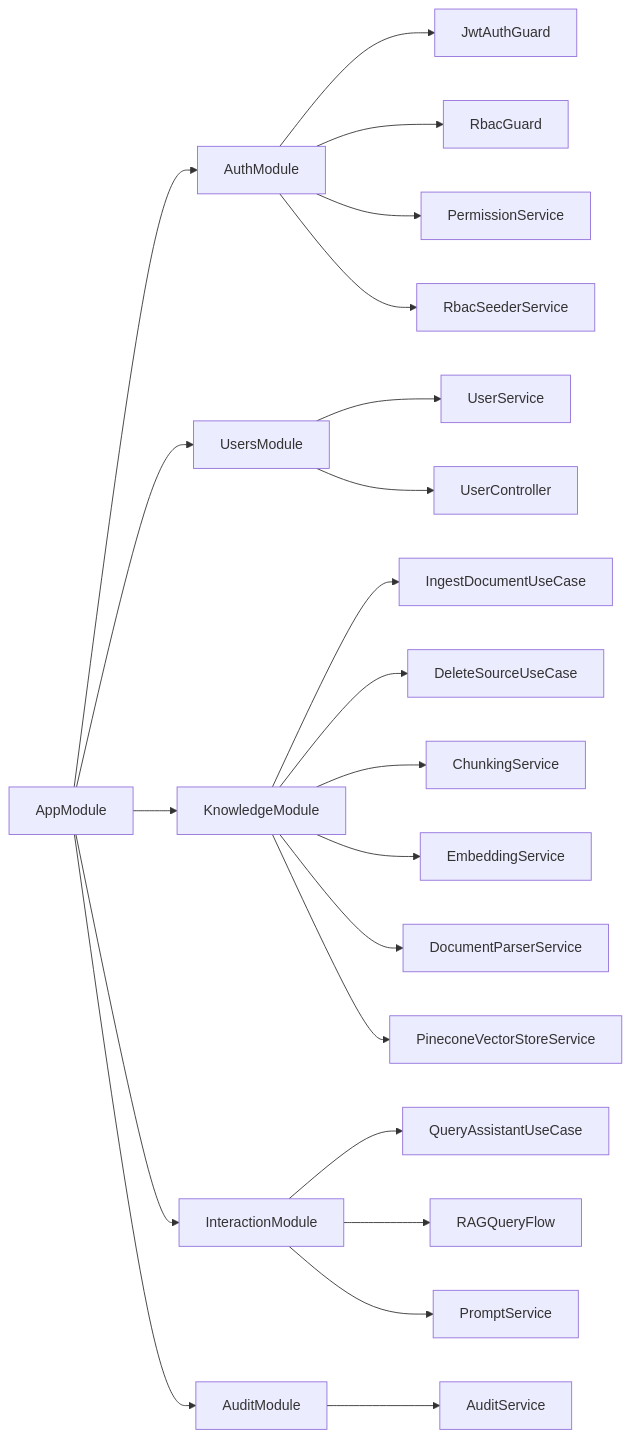
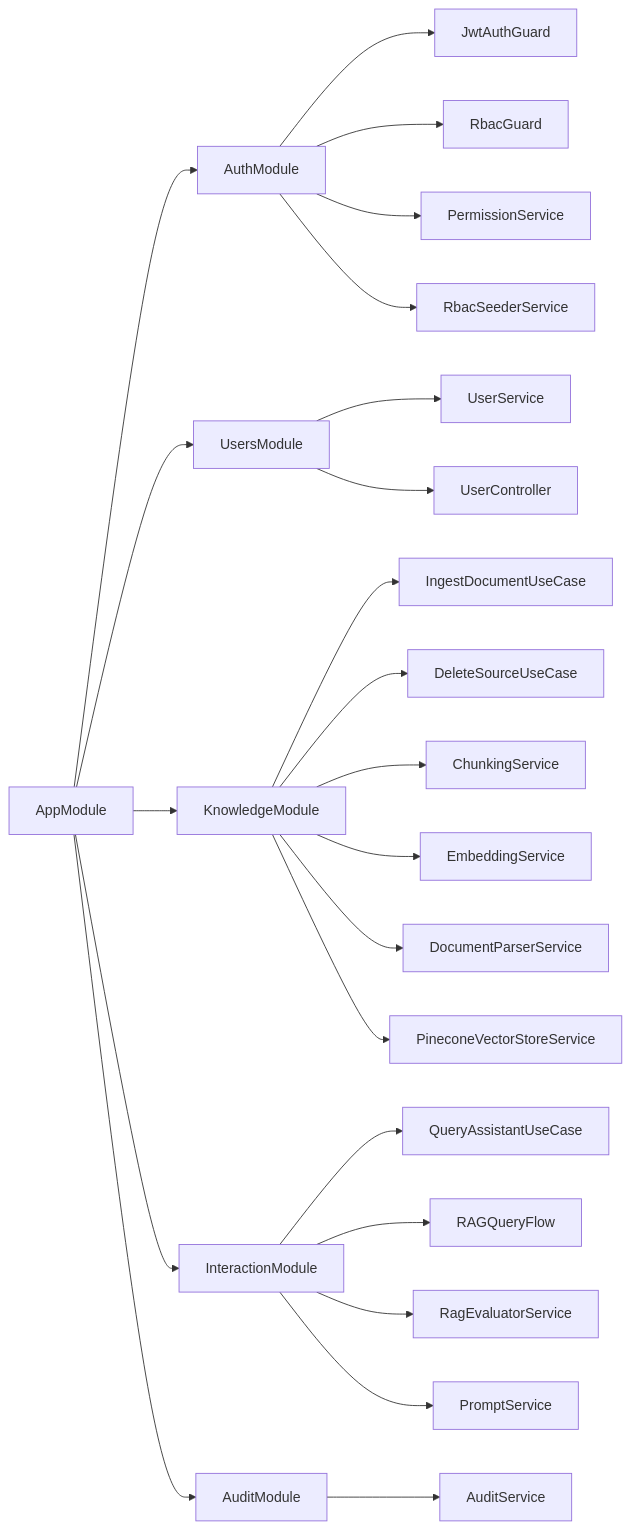
One commit to gromeroalfonso/context.ai changed the second of 2 diagrams in documentation/005-technical-architecture.md. Above: the diagram before and after it, drawn with Mermaid. The commit also changed other lines of this file and 3 other files, not shown here.

First line of the commit message:
docs: enhance evaluation process in RAG flow

````diff
--- a/documentation/005-technical-architecture.md
+++ b/documentation/005-technical-architecture.md
@@ -590,29 +599,30 @@
 ```mermaid
 graph LR
     AppModule --> AuthModule
     AppModule --> UsersModule
     AppModule --> KnowledgeModule
     AppModule --> InteractionModule
     AppModule --> AuditModule
     
     AuthModule --> JwtAuthGuard
     AuthModule --> RbacGuard
     AuthModule --> PermissionService
     AuthModule --> RbacSeederService
     
     UsersModule --> UserService
     UsersModule --> UserController
     
     KnowledgeModule --> IngestDocumentUseCase
     KnowledgeModule --> DeleteSourceUseCase
     KnowledgeModule --> ChunkingService
     KnowledgeModule --> EmbeddingService
     KnowledgeModule --> DocumentParserService
     KnowledgeModule --> PineconeVectorStoreService
     
     InteractionModule --> QueryAssistantUseCase
     InteractionModule --> RAGQueryFlow
+    InteractionModule --> RagEvaluatorService
     InteractionModule --> PromptService
     
     AuditModule --> AuditService
 ```
````
